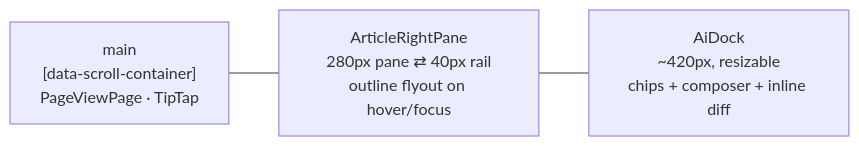
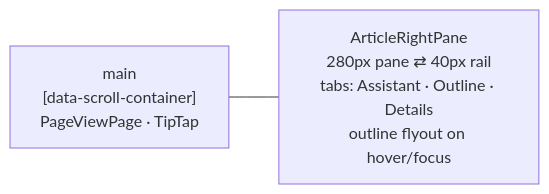
The second of 5 diagrams in docs/architecture/04-frontend-structure.md (Compendiq/compendiq-ce), drawn with Mermaid before and after one commit. The commit also changed other lines of this file and 15 other files, not shown here.

````diff
--- a/docs/architecture/04-frontend-structure.md
+++ b/docs/architecture/04-frontend-structure.md
@@ -74,8 +74,7 @@
 ```mermaid
 flowchart LR
     main["main<br/>[data-scroll-container]<br/>PageViewPage · TipTap"]
-    rail["ArticleRightPane<br/>280px pane ⇄ 40px rail<br/>outline flyout on hover/focus"]
-    dock["AiDock<br/>~420px, resizable<br/>chips + composer + inline diff"]
+    rail["ArticleRightPane<br/>280px pane ⇄ 40px rail<br/>tabs: Assistant · Outline · Details<br/>outline flyout on hover/focus"]
 
-    main --- rail --- dock
+    main --- rail
 ```
````
